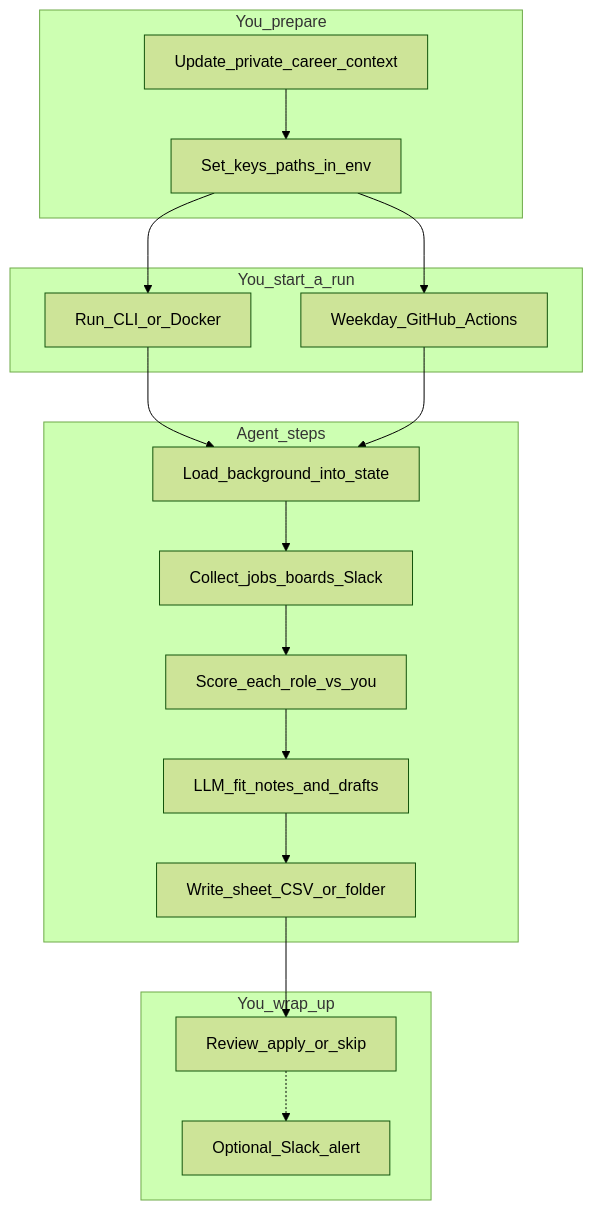
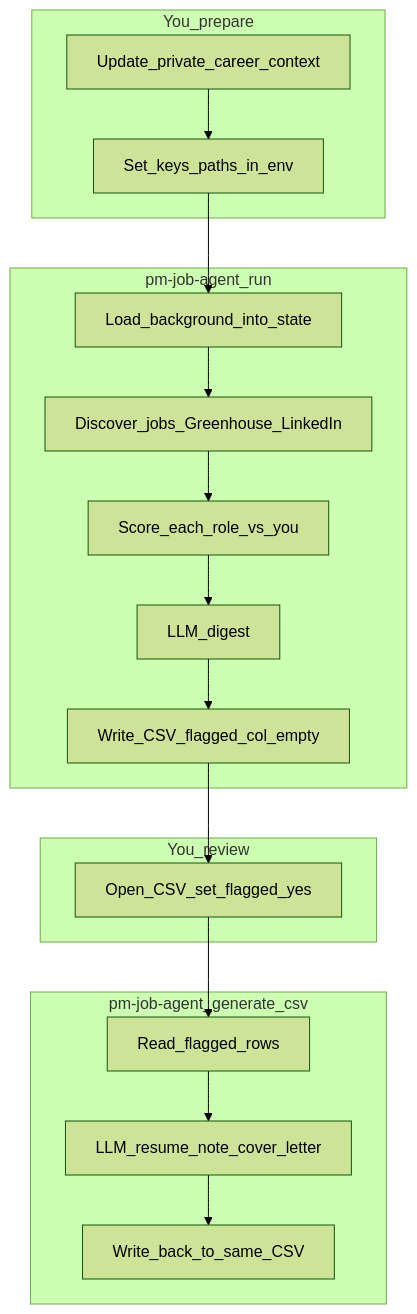
Before and after one commit to ravigahlla/pm-job-agent: the diagram in README.md, drawn with Mermaid (forest theme). The commit also changed other lines of this file, not shown here.

````diff
--- a/README.md
+++ b/README.md
@@ -13,37 +16,36 @@
 ```mermaid
 flowchart TB
   subgraph prep [You_prepare]
     writeContext[Update_private_career_context]
     writeEnv[Set_keys_paths_in_env]
   end
 
-  subgraph start [You_start_a_run]
-    manual[Run_CLI_or_Docker]
-    scheduled[Weekday_GitHub_Actions]
+  subgraph run [pm-job-agent_run]
+    loadBg[Load_background_into_state]
+    gather[Discover_jobs_Greenhouse_LinkedIn]
+    rank[Score_each_role_vs_you]
+    digest[LLM_digest]
+    persist[Write_CSV_flagged_col_empty]
   end
 
-  subgraph pipeline [Agent_steps]
-    loadBg[Load_background_into_state]
-    gather[Collect_jobs_boards_Slack]
-    rank[Score_each_role_vs_you]
-    draft[LLM_fit_notes_and_drafts]
-    persist[Write_sheet_CSV_or_folder]
+  subgraph review [You_review]
+    openCSV[Open_CSV_set_flagged_yes]
   end
 
-  subgraph wrap [You_wrap_up]
-    triage[Review_apply_or_skip]
-    optionalPing[Optional_Slack_alert]
+  subgraph generate [pm-job-agent_generate_csv]
+    readFlagged[Read_flagged_rows]
+    genDocs[LLM_resume_note_cover_letter]
+    writeBack[Write_back_to_same_CSV]
   end
 
   writeContext --> writeEnv
-  writeEnv --> manual
-  writeEnv --> scheduled
-  manual --> loadBg
-  scheduled --> loadBg
+  writeEnv --> loadBg
   loadBg --> gather
   gather --> rank
-  rank --> draft
-  draft --> persist
-  persist --> triage
-  triage -.-> optionalPing
+  rank --> digest
+  digest --> persist
+  persist --> openCSV
+  openCSV --> readFlagged
+  readFlagged --> genDocs
+  genDocs --> writeBack
 ```
````
